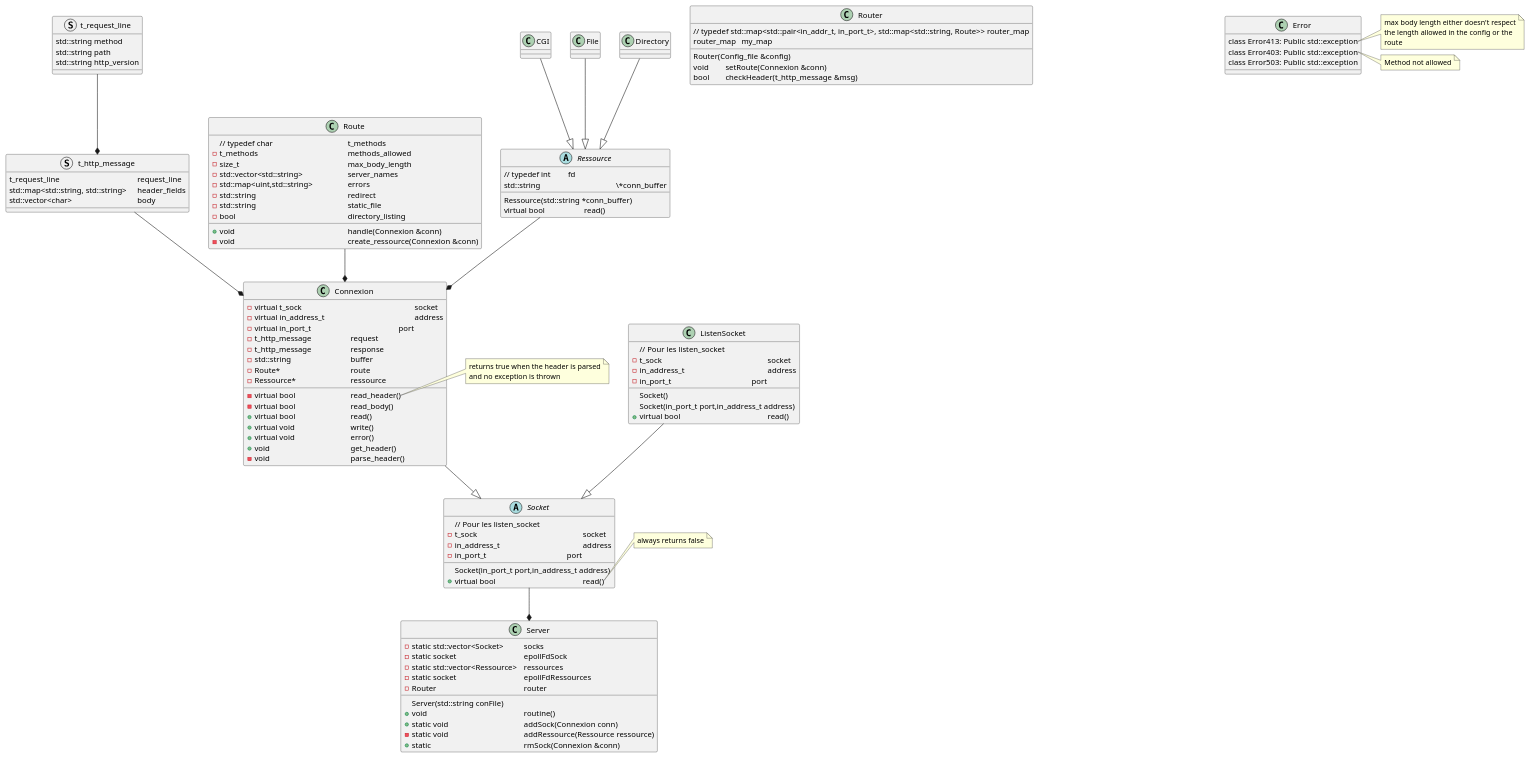
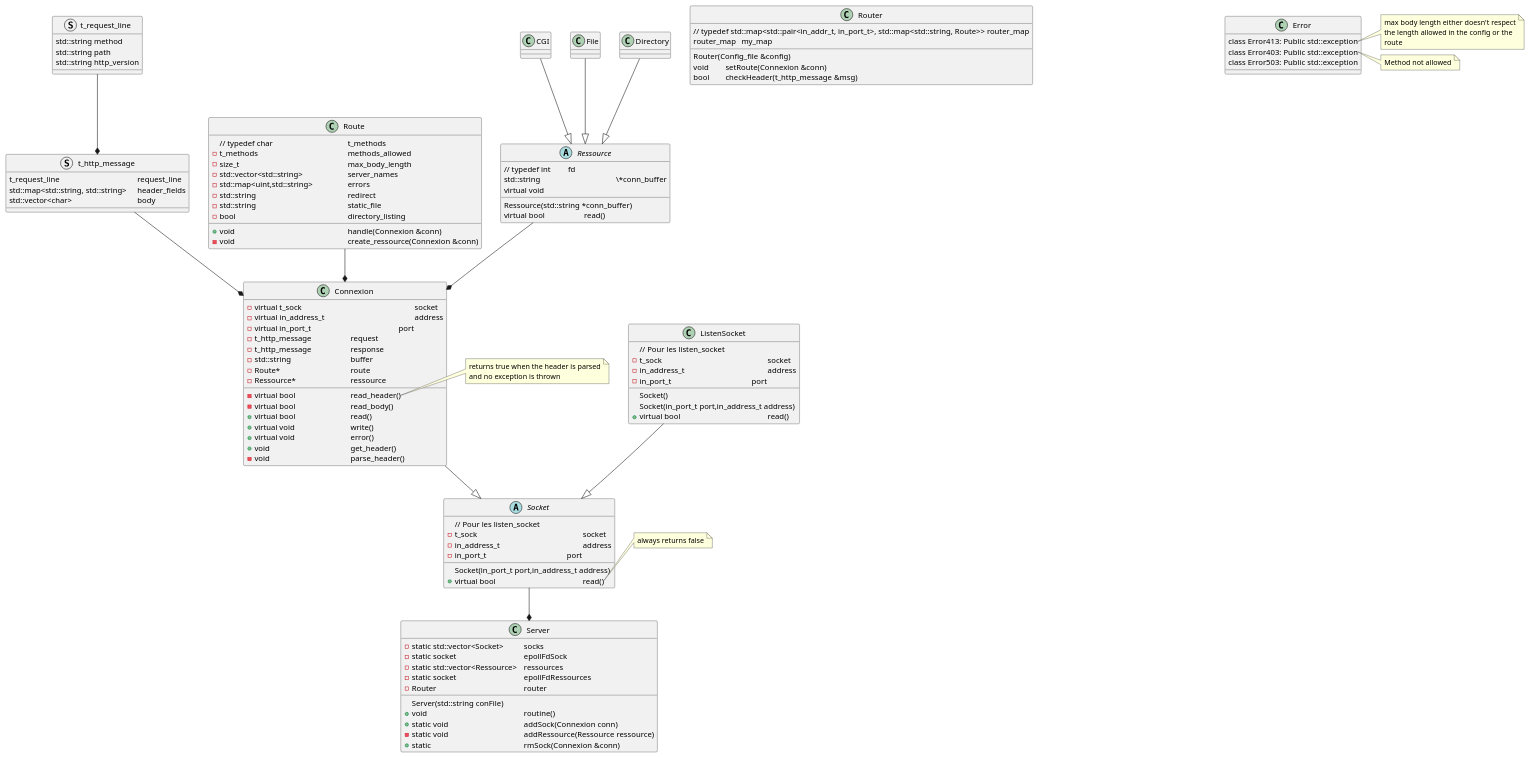
Before and after one commit to ouafabulous/webserv_42: the diagram in uml_scheme.plantuml, drawn with PlantUML. The commit also changed 1 other file, not shown here.

```diff
--- a/uml_scheme.plantuml
+++ b/uml_scheme.plantuml
@@ -1,143 +1,144 @@
 @startuml
 'note "typedef int t_sock" as N1
 
 struct t_request_line {
 std::string method
 std::string path
 std::string http_version
 }
 
 struct t_http_message {
 t_request_line \t\t\t\t\trequest_line
 std::map<std::string, std::string> \theader_fields
 std::vector<char> \t\t\t\tbody
 }
 
 abstract class Socket {
 // Pour les listen_socket
 -t_sock \t\t\t\t\t\t\tsocket
 -in_address_t\t\t\t\t\t\taddress
 -in_port_t\t\t\t\t\t\tport
 Socket(in_port_t port,in_address_t address)
 +virtual bool \t\t\t\t\t\tread()
 }
 note right of Socket::read
 always returns false
 endnote
 
 class ListenSocket {
 // Pour les listen_socket
 -t_sock \t\t\t\t\t\t\tsocket
 -in_address_t\t\t\t\t\t\taddress
 -in_port_t\t\t\t\t\t\tport
 Socket()
 Socket(in_port_t port,in_address_t address)
 +virtual bool \t\t\t\t\t\tread()
 }
 
 class Connexion {
 -virtual t_sock \t\t\t\t\t\t\tsocket
 -virtual in_address_t\t\t\t\t\t\taddress
 -virtual in_port_t\t\t\t\t\t\tport
 -t_http_message\t\t\trequest
 -t_http_message\t\t\tresponse
 -std::string \t\t\t\tbuffer
 -Route*\t\t\t\t\troute
 ' -catch Error:Error413
 ' -catch Error:Error403
 -Ressource*\t\t\t\tressource
 -virtual bool \t\t\t\tread_header()
 -virtual bool \t\t\t\tread_body()
 +virtual bool \t\t\t\tread()
 +virtual void \t\t\t\twrite()
 +virtual void \t\t\t\terror()
 +void \t\t\t\t\tget_header()
 -void \t\t\t\t\tparse_header()
 }
 note right of Connexion::read_header
 returns true when the header is parsed
 and no exception is thrown
 endnote
 
 class Server {
 Server(std::string conFile)
 -static std::vector<Socket>\t\tsocks
 -static socket\t\t\t\t\tepollFdSock
 -static std::vector<Ressource> \tressources
 -static socket\t\t\t\t\tepollFdRessources
 -Router \t\t\t\t\t\trouter
 +void\t\t\t\t\t\t\troutine()
 +static void\t\t\t\t\taddSock(Connexion conn)
 -static void\t\t\t\t\taddRessource(Ressource ressource)
 +static \t\t\t\t\t\trmSock(Connexion &conn)
 }
 
 class Router{
 // typedef std::map<std::pair<in_addr_t, in_port_t>, std::map<std::string, Route>> router_map
 Router(Config_file &config)
 router_map \tmy_map
 void \tsetRoute(Connexion &conn)
 bool \tcheckHeader(t_http_message &msg)
 }
 note right of Router::set_route
 Ne set route que si prerequisites are good
 endnote
 
 class Route{
  // typedef char \t\t\t\t\tt_methods
 -t_methods \t\\t\t\t\t\tmethods_allowed
 -size_t \t\t\t\t\t\t\tmax_body_length
 -std::vector<std::string>   \t\t\tserver_names
 -std::map<uint,std::string> \t\t\terrors
 -std::string \t\t\t\t\t\tredirect
 -std::string \t\t\t\t\t\tstatic_file
 -bool \t\t\t\t\t\t\tdirectory_listing
 
 +void \t\t\t\t\t\t\thandle(Connexion &conn)
 -void \t\t\t\t\t\t\tcreate_ressource(Connexion &conn)
 }
 
 Abstract class Ressource{
 // typedef int		fd
 Ressource(std::string *conn_buffer)
 std::string		\t\t\t\*conn_buffer
 virtual bool			read()
+virtual void\t\t\t
 }
 
 class	CGI{
 	' catch Error::Error503
 }
 
 class 	File{
 
 }
 
 class	Directory{
 
 }
 
 class Error{
 class Error413: Public std::exception
 class Error403: Public std::exception
 class Error503: Public std::exception
 }
 note right of Error::Error413
 max body length either doesn't respect
 the length allowed in the config or the
 route
 endnote
 note right of Error::Error403
 Method not allowed
 endnote
 
 ListenSocket --|> Socket
 Ressource --* Connexion
 CGI--|> Ressource
 File--|> Ressource
 Directory--|> Ressource
 Connexion --|> Socket
 Socket --* Server
 Route --* Connexion
 t_request_line --* t_http_message
 t_http_message --* Connexion	
 @enduml
```
